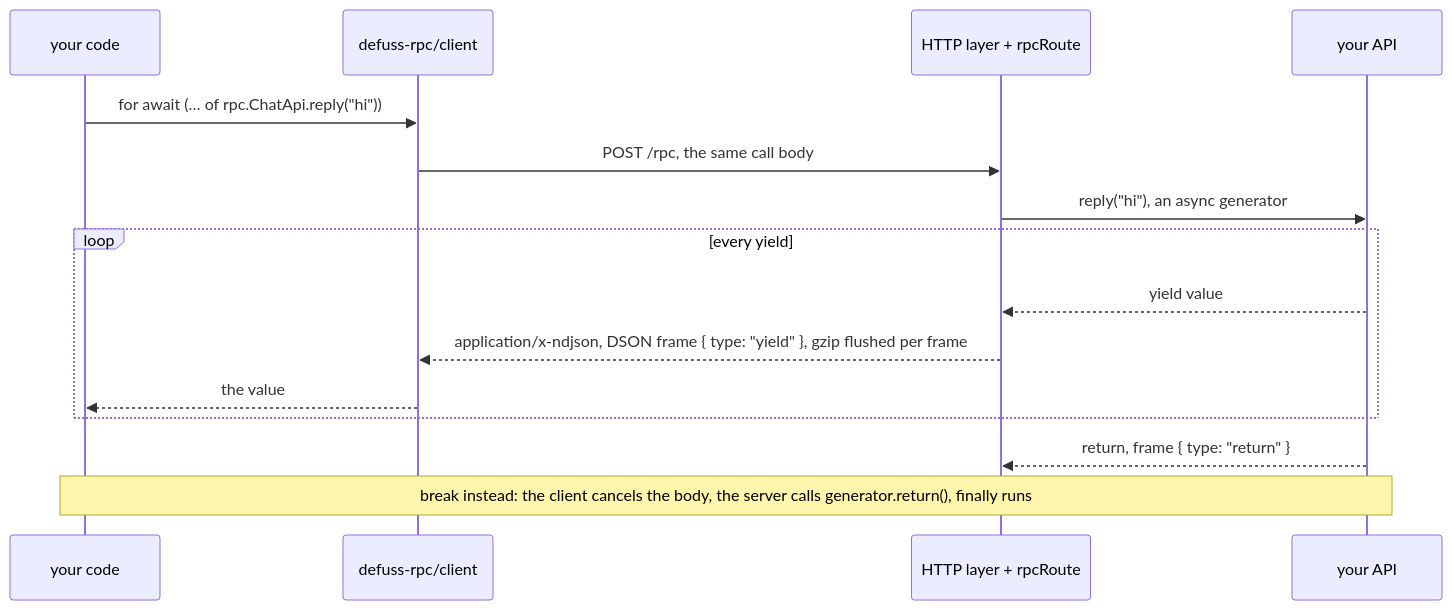
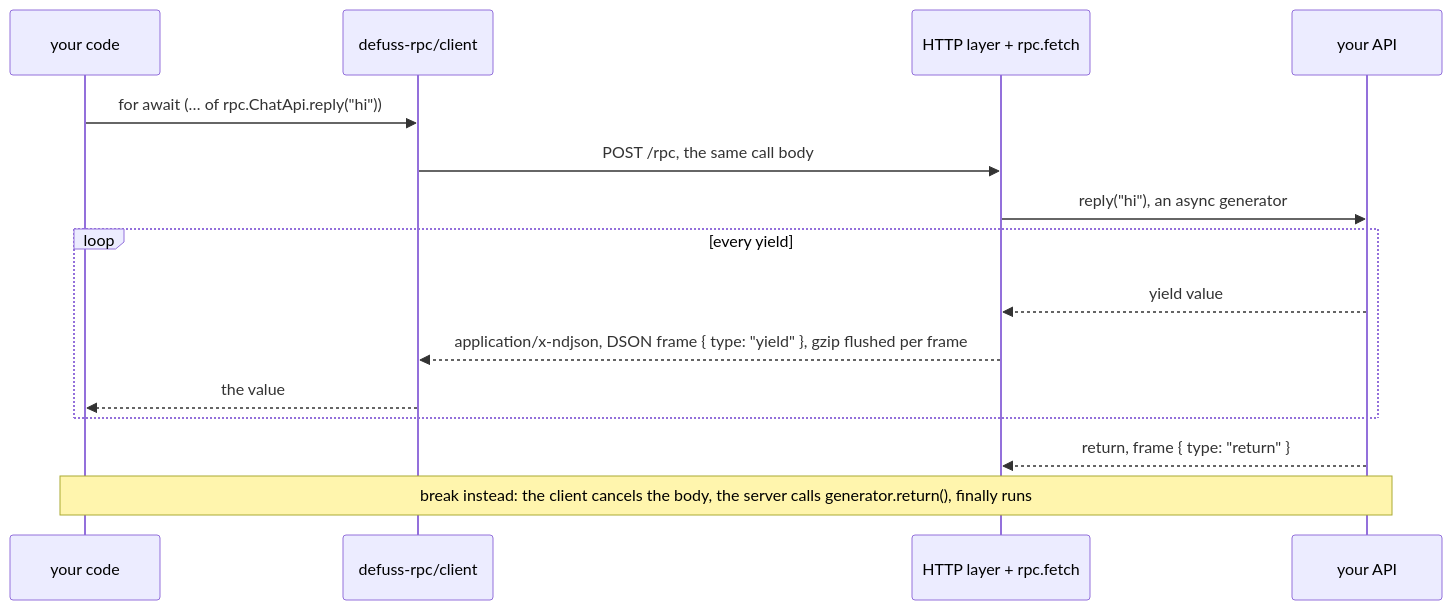
Before and after one commit to kyr0/defuss-rpc: the second of 4 diagrams in README.md, drawn with Mermaid. The commit also changed other lines of this file and 48 other files, not shown here.

````diff
--- a/README.md
+++ b/README.md
@@ -580,17 +613,17 @@
 ```mermaid
 sequenceDiagram
   participant App as your code
   participant Client as defuss-rpc/client
-  participant Route as HTTP layer + rpcRoute
+  participant Route as HTTP layer + rpc.fetch
   participant API as your API
   App->>Client: for await (… of rpc.ChatApi.reply("hi"))
   Client->>Route: POST /rpc, the same call body
   Route->>API: reply("hi"), an async generator
   loop every yield
     API-->>Route: yield value
     Route-->>Client: application/x-ndjson, DSON frame { type: "yield" }, gzip flushed per frame
     Client-->>App: the value
   end
   API-->>Route: return, frame { type: "return" }
   Note over App,API: break instead: the client cancels the body, the server calls generator.return(), finally runs
 ```
````
